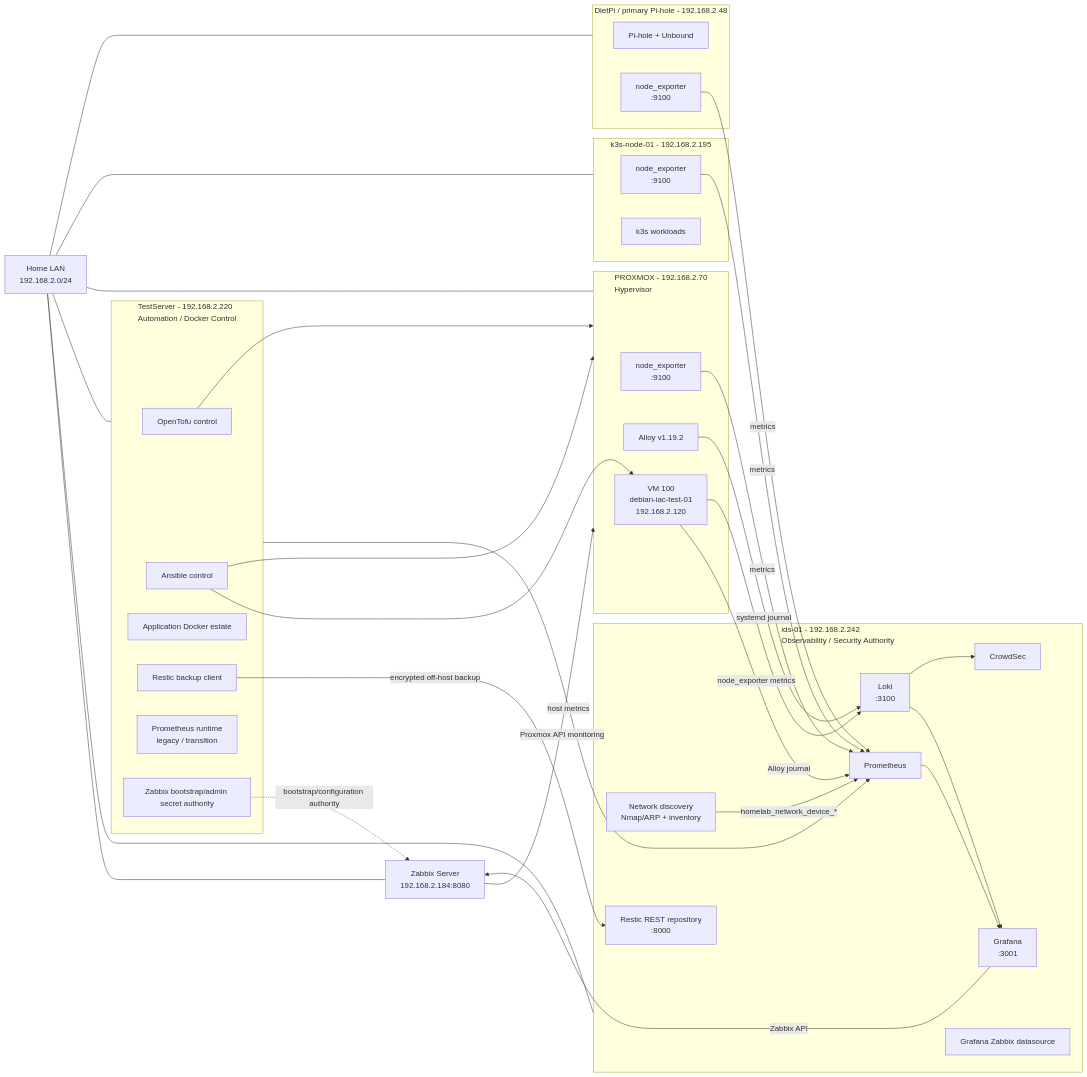
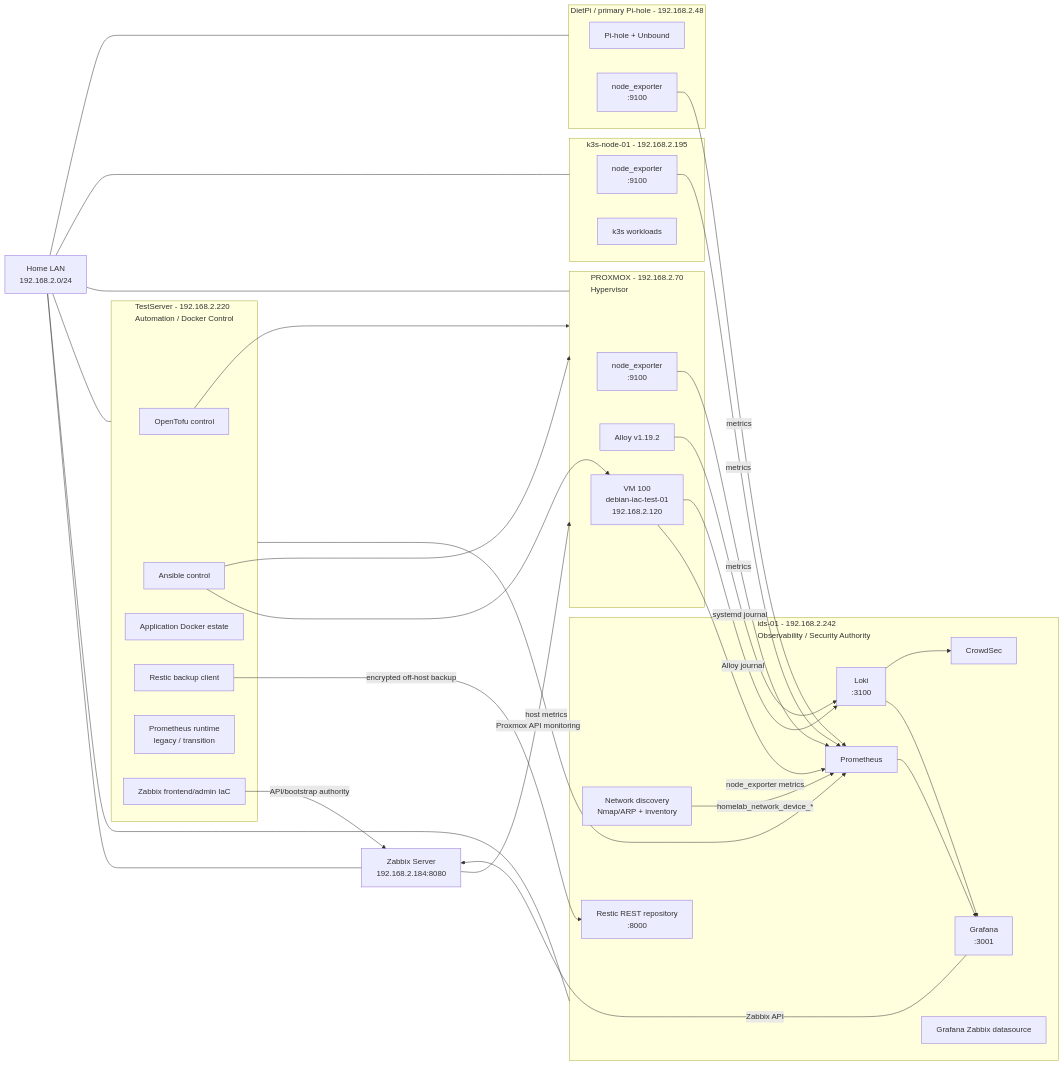
One commit to jrwroberts1976/home-lab-docs changed the diagram in infrastructure-topology.md. Above: the diagram before and after it, drawn with Mermaid. The commit also changed other lines of this file, not shown here.

Commit message:
Document TestServer Zabbix connectivity and existing Zabbix IaC authority

````diff
--- a/infrastructure-topology.md
+++ b/infrastructure-topology.md
@@ -11,70 +11,70 @@
 ```mermaid
 flowchart LR
     LAN[Home LAN\n192.168.2.0/24]
 
     subgraph IDS[ids-01 - 192.168.2.242\nObservability / Security Authority]
         GRAFANA[Grafana\n:3001]
         PROM[Prometheus]
         LOKI[Loki\n:3100]
         DISC[Network discovery\nNmap/ARP + inventory]
         CROWD[CrowdSec]
         REST[Restic REST repository\n:8000]
         GZBX[Grafana Zabbix datasource]
     end
 
     subgraph TEST[TestServer - 192.168.2.220\nAutomation / Docker Control]
         TOFU[OpenTofu control]
         ANS[Ansible control]
         DOCKER[Application Docker estate]
         RESTIC[Restic backup client]
         LEGACYPROM[Prometheus runtime\nlegacy / transition]
-        ZBXBOOT[Zabbix bootstrap/admin secret authority]
+        ZBXIAC[Zabbix frontend/admin IaC]
     end
 
     subgraph PVE[PROXMOX - 192.168.2.70\nHypervisor]
         NODEPVE[node_exporter\n:9100]
         ALLOYPVE[Alloy v1.19.2]
         VM100[VM 100\ndebian-iac-test-01\n192.168.2.120]
     end
 
     ZABBIX[Zabbix Server\n192.168.2.184:8080]
 
     subgraph K3S[k3s-node-01 - 192.168.2.195]
         NODEK3S[node_exporter\n:9100]
         K3SVC[k3s workloads]
     end
 
     subgraph DNS[DietPi / primary Pi-hole - 192.168.2.48]
         PIHOLE[Pi-hole + Unbound]
         NODEDNS[node_exporter\n:9100]
     end
 
     LAN --- IDS
     LAN --- TEST
     LAN --- PVE
     LAN --- ZABBIX
     LAN --- K3S
     LAN --- DNS
 
     NODEPVE -->|metrics| PROM
     VM100 -->|node_exporter metrics| PROM
     NODEK3S -->|metrics| PROM
     NODEDNS -->|metrics| PROM
     TEST -->|host metrics| PROM
 
     ALLOYPVE -->|systemd journal| LOKI
     VM100 -->|Alloy journal| LOKI
 
     DISC -->|homelab_network_device_*| PROM
     PROM --> GRAFANA
     LOKI --> GRAFANA
     LOKI --> CROWD
     GRAFANA -->|Zabbix API| ZABBIX
     ZABBIX -->|Proxmox API monitoring| PVE
-    ZBXBOOT -.->|bootstrap/configuration authority| ZABBIX
+    ZBXIAC -->|API/bootstrap authority| ZABBIX
 
     TOFU --> PVE
     ANS --> PVE
     ANS --> VM100
     RESTIC -->|encrypted off-host backup| REST
 ```
````
